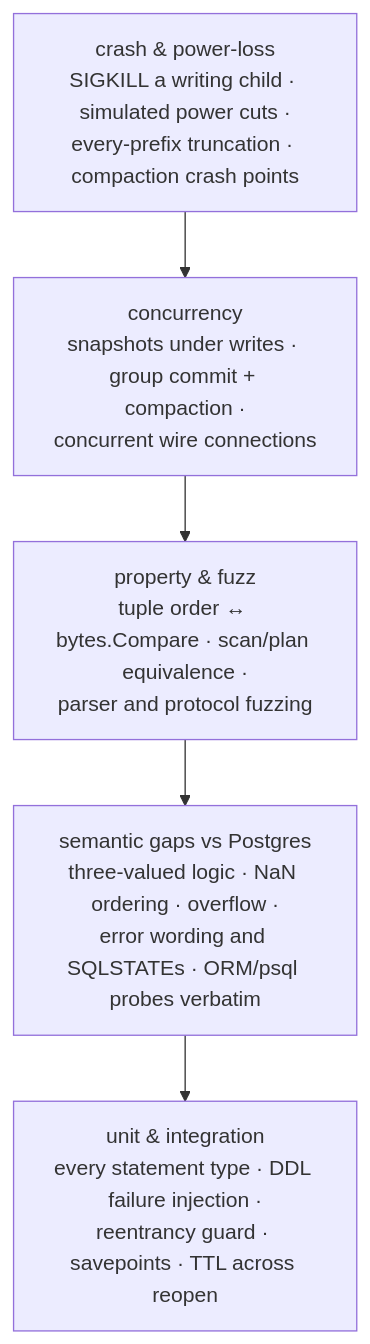
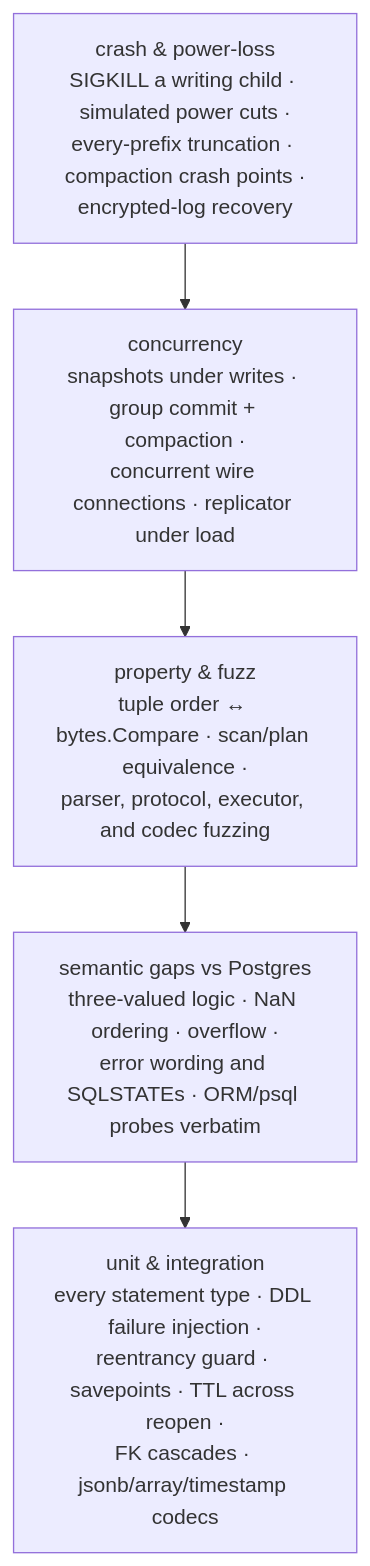
Before and after one commit to rohanthewiz/bytdb: the diagram in docs/testing.md, drawn with Mermaid. The commit also changed other lines of this file and 8 other files, not shown here.

First line of the commit message:
Docs refresh: mkdocs pages current with v0.6.4, 22 validated mermaid diagrams

````diff
--- a/docs/testing.md
+++ b/docs/testing.md
@@ -26,9 +27,9 @@
 ```mermaid
 flowchart TD
-    t5["crash & power-loss<br/>SIGKILL a writing child · simulated power cuts ·<br/>every-prefix truncation · compaction crash points"]
-    t4["concurrency<br/>snapshots under writes · group commit + compaction ·<br/>concurrent wire connections"]
-    t3["property & fuzz<br/>tuple order ↔ bytes.Compare · scan/plan equivalence ·<br/>parser and protocol fuzzing"]
+    t5["crash & power-loss<br/>SIGKILL a writing child · simulated power cuts ·<br/>every-prefix truncation · compaction crash points ·<br/>encrypted-log recovery"]
+    t4["concurrency<br/>snapshots under writes · group commit + compaction ·<br/>concurrent wire connections · replicator under load"]
+    t3["property & fuzz<br/>tuple order ↔ bytes.Compare · scan/plan equivalence ·<br/>parser, protocol, executor, and codec fuzzing"]
     t2["semantic gaps vs Postgres<br/>three-valued logic · NaN ordering · overflow ·<br/>error wording and SQLSTATEs · ORM/psql probes verbatim"]
-    t1["unit & integration<br/>every statement type · DDL failure injection ·<br/>reentrancy guard · savepoints · TTL across reopen"]
+    t1["unit & integration<br/>every statement type · DDL failure injection ·<br/>reentrancy guard · savepoints · TTL across reopen ·<br/>FK cascades · jsonb/array/timestamp codecs"]
     t5 --> t4 --> t3 --> t2 --> t1
 ```
````
